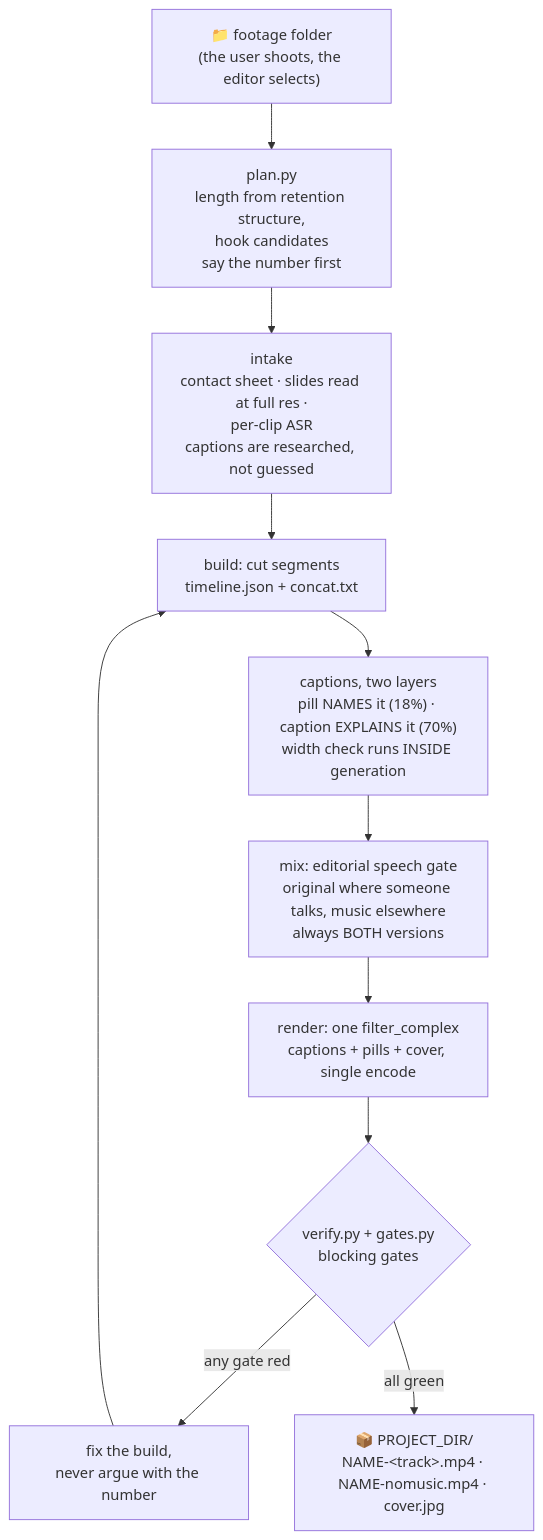
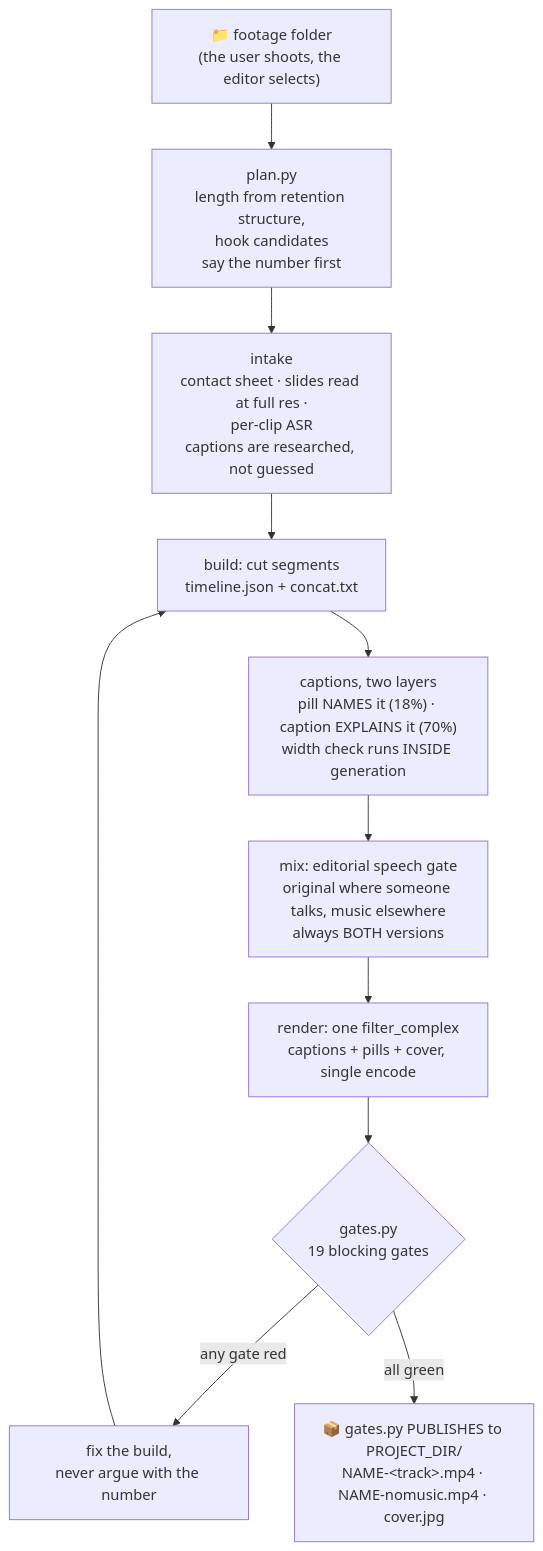
One commit to chyiiiiiiiiiiii/yiibu changed the diagram in README.md. Above: the diagram before and after it, drawn with Mermaid. The commit also changed other lines of this file and 10 other files, not shown here.

````diff
--- a/README.md
+++ b/README.md
@@ -98,12 +98,12 @@
 ```mermaid
 flowchart TD
     A["📁 footage folder<br/>(the user shoots, the editor selects)"] --> P["plan.py<br/>length from retention structure,<br/>hook candidates<br/>say the number first"]
     P --> I["intake<br/>contact sheet · slides read at full res ·<br/>per-clip ASR<br/>captions are researched, not guessed"]
     I --> B["build: cut segments<br/>timeline.json + concat.txt"]
     B --> C["captions, two layers<br/>pill NAMES it (18%) · caption EXPLAINS it (70%)<br/>width check runs INSIDE generation"]
     C --> M["mix: editorial speech gate<br/>original where someone talks, music elsewhere<br/>always BOTH versions"]
     M --> R["render: one filter_complex<br/>captions + pills + cover, single encode"]
-    R --> G{"verify.py + gates.py<br/>blocking gates"}
+    R --> G{"gates.py<br/>19 blocking gates"}
     G -->|any gate red| F["fix the build,<br/>never argue with the number"] --> B
-    G -->|all green| D["📦 PROJECT_DIR/<br/>NAME-&lt;track&gt;.mp4 · NAME-nomusic.mp4 · cover.jpg"]
+    G -->|all green| D["📦 gates.py PUBLISHES to PROJECT_DIR/<br/>NAME-&lt;track&gt;.mp4 · NAME-nomusic.mp4 · cover.jpg"]
 ```
````
